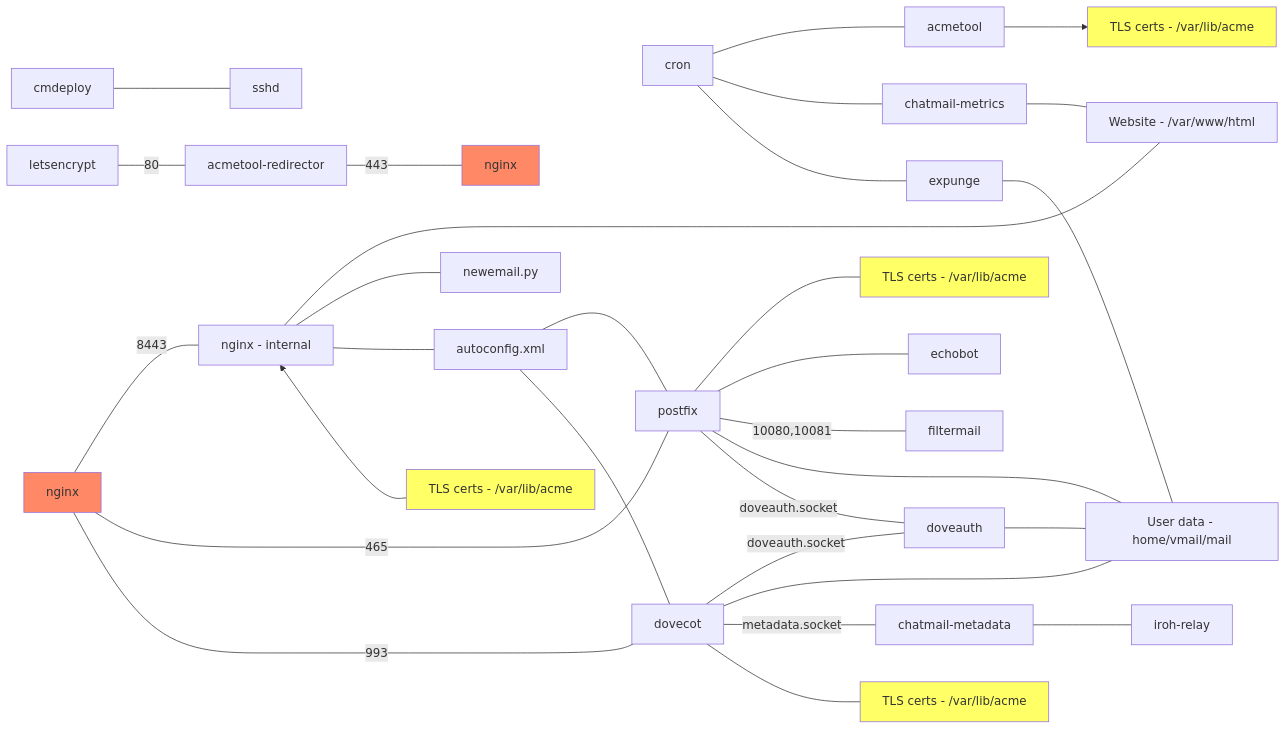
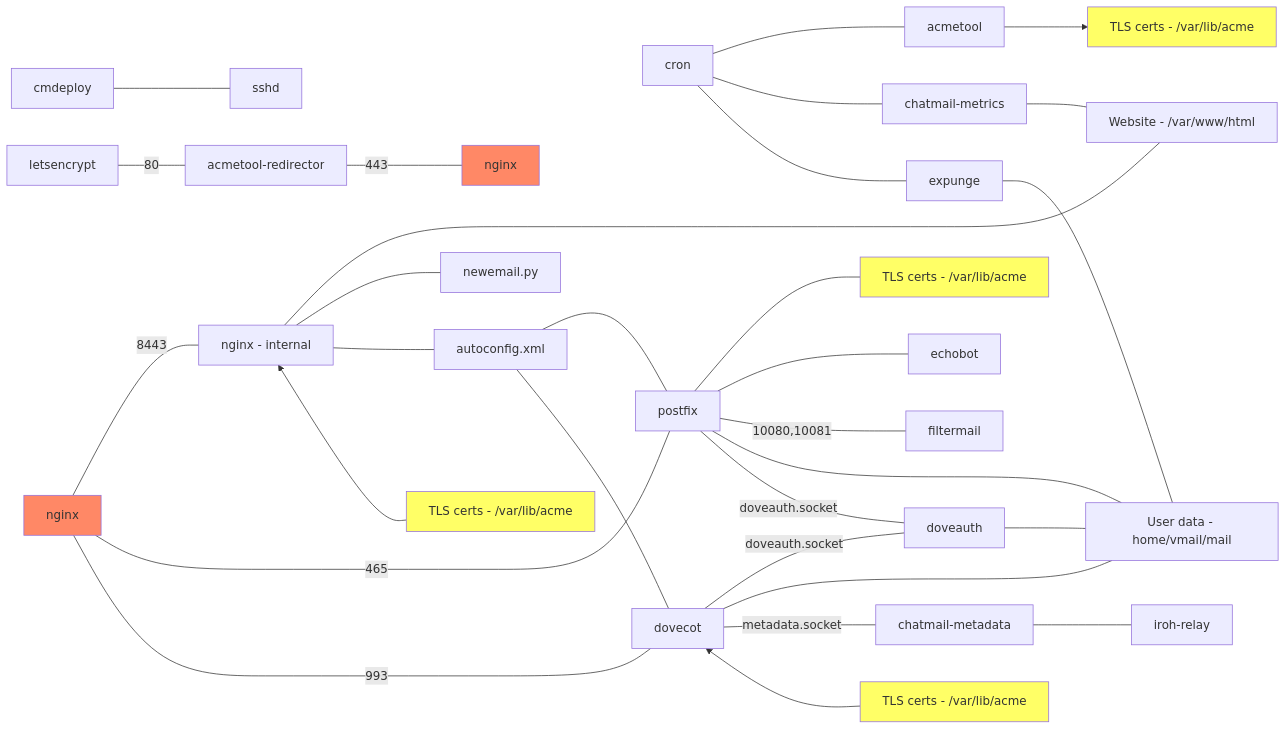
One commit to cliffmccarthy/chatmail-relay changed the diagram in ARCHITECTURE.md. Above: the diagram before and after it, drawn with Mermaid.

Commit message:
dovecot certs reverse arrow

````diff
--- a/ARCHITECTURE.md
+++ b/ARCHITECTURE.md
@@ -4,38 +4,38 @@
 ```mermaid
 graph LR;
     cmdeploy --- sshd;
     letsencrypt --- |80|acmetool-redirector;
     acmetool-redirector --- |443|nginx-right[nginx];
     nginx --- |8443|nginx-internal[nginx - internal];
     nginx-internal --- website[Website - /var/www/html];
     nginx-internal --- newemail.py;
     nginx-internal --- autoconfig.xml;
     nginx-internal ~~~ certs-nginx[TLS certs - /var/lib/acme] --> nginx-internal;
     cron --- acmetool;
     cron --- chatmail-metrics;
     cron --- expunge;
     chatmail-metrics --- website;
     acmetool --> certs[TLS certs - /var/lib/acme];
     nginx --- |465|postfix;
     nginx --- |993|dovecot;
     autoconfig.xml --- postfix;
     autoconfig.xml --- dovecot;
     postfix --- certs-postfix[TLS certs - /var/lib/acme];
     postfix --- echobot;
     postfix --- |10080,10081|filtermail;
     postfix --- users[User data - home/vmail/mail];
     postfix --- |doveauth.socket|doveauth;
     dovecot --- |doveauth.socket|doveauth;
     dovecot --- users;
     dovecot --- |metadata.socket|chatmail-metadata;
-    dovecot --- certs-dovecot[TLS certs - /var/lib/acme];
+    dovecot ~~~ certs-dovecot[TLS certs - /var/lib/acme] --> dovecot;
     doveauth --- users;
     expunge --- users;
     chatmail-metadata --- iroh-relay;
     style certs fill:#ff6;
     style certs-nginx fill:#ff6;
     style certs-postfix fill:#ff6;
     style certs-dovecot fill:#ff6;
     style nginx fill:#f86;
     style nginx-right fill:#f86;
 ```
````
